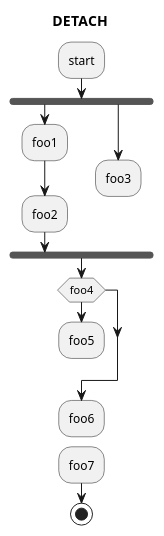
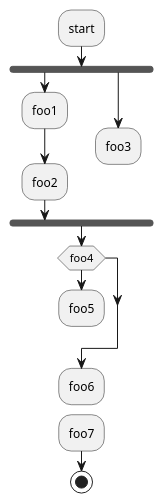
Diagram 24 of 33 in uml_markdown_summary.md (chraxo/UmlMarkdownCheatSheet), drawn with PlantUML before and after one commit. The commit also changed other lines of this file, not shown here.

```diff
--- a/uml_markdown_summary.md
+++ b/uml_markdown_summary.md
@@ -547,24 +670,22 @@
 @startuml
-title DETACH
-
 :start;
 fork
     :foo1;
     :foo2;
 fork again
     :foo3;
     detach
 endfork
 
 if (foo4) then
     :foo5;
     detach
 endif
 
 :foo6;
 
 detach
 :foo7;
 stop
 
 @enduml
```
